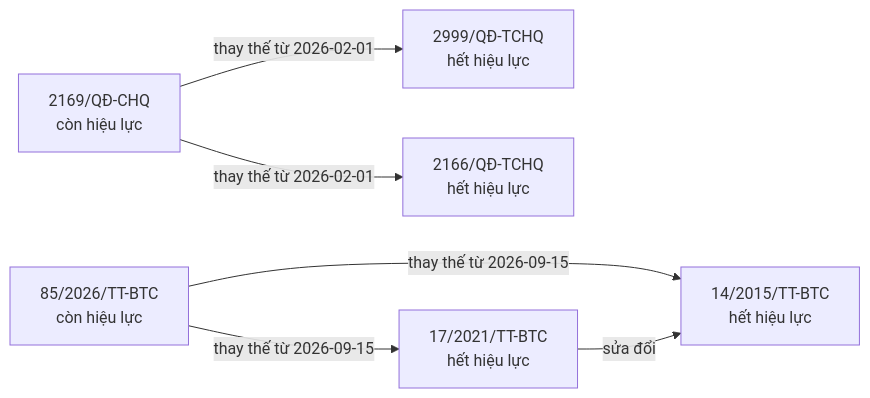
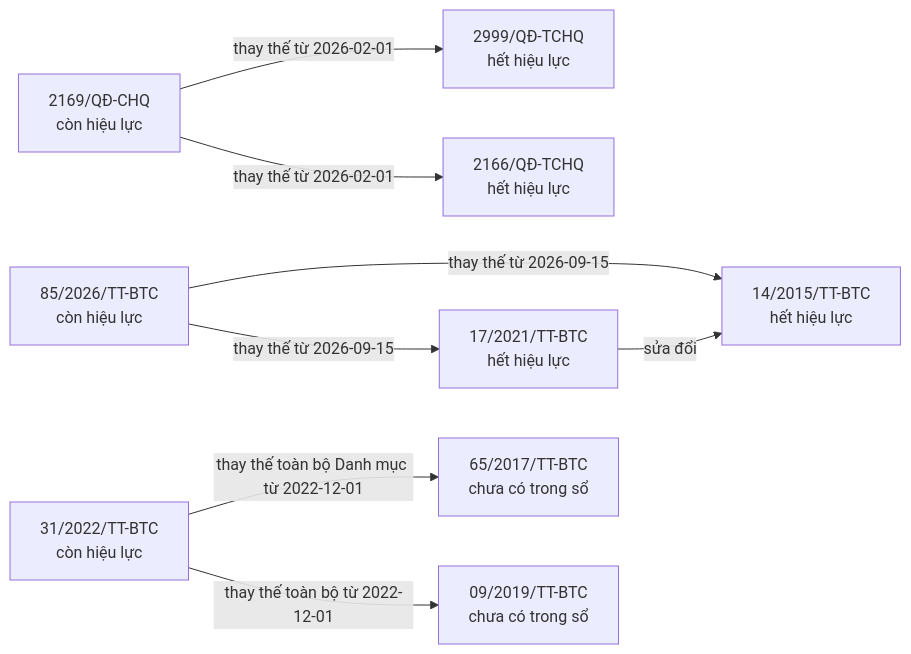
Before and after one commit to ozvietnam/oz-wiki-plhq: the fourth of 8 diagrams in bao-cao/quan-he.md, drawn with Mermaid. The commit also changed 4 other files, not shown here.

````diff
--- a/bao-cao/quan-he.md
+++ b/bao-cao/quan-he.md
@@ -214,14 +214,19 @@
 ```mermaid
 flowchart LR
   n_17_2021_TT_BTC["17/2021/TT-BTC<br/>hết hiệu lực"]
   n_14_2015_TT_BTC["14/2015/TT-BTC<br/>hết hiệu lực"]
   n_2169_Q__CHQ["2169/QĐ-CHQ<br/>còn hiệu lực"]
   n_2999_Q__TCHQ["2999/QĐ-TCHQ<br/>hết hiệu lực"]
   n_2166_Q__TCHQ["2166/QĐ-TCHQ<br/>hết hiệu lực"]
+  n_31_2022_TT_BTC["31/2022/TT-BTC<br/>còn hiệu lực"]
+  n_65_2017_TT_BTC["65/2017/TT-BTC<br/>chưa có trong sổ"]
+  n_09_2019_TT_BTC["09/2019/TT-BTC<br/>chưa có trong sổ"]
   n_85_2026_TT_BTC["85/2026/TT-BTC<br/>còn hiệu lực"]
   n_17_2021_TT_BTC -->|sửa đổi| n_14_2015_TT_BTC
   n_2169_Q__CHQ -->|thay thế từ 2026-02-01| n_2999_Q__TCHQ
   n_2169_Q__CHQ -->|thay thế từ 2026-02-01| n_2166_Q__TCHQ
+  n_31_2022_TT_BTC -->|thay thế toàn bộ Danh mục từ 2022-12-01| n_65_2017_TT_BTC
+  n_31_2022_TT_BTC -->|thay thế toàn bộ từ 2022-12-01| n_09_2019_TT_BTC
   n_85_2026_TT_BTC -->|thay thế từ 2026-09-15| n_14_2015_TT_BTC
   n_85_2026_TT_BTC -->|thay thế từ 2026-09-15| n_17_2021_TT_BTC
 ```
````
